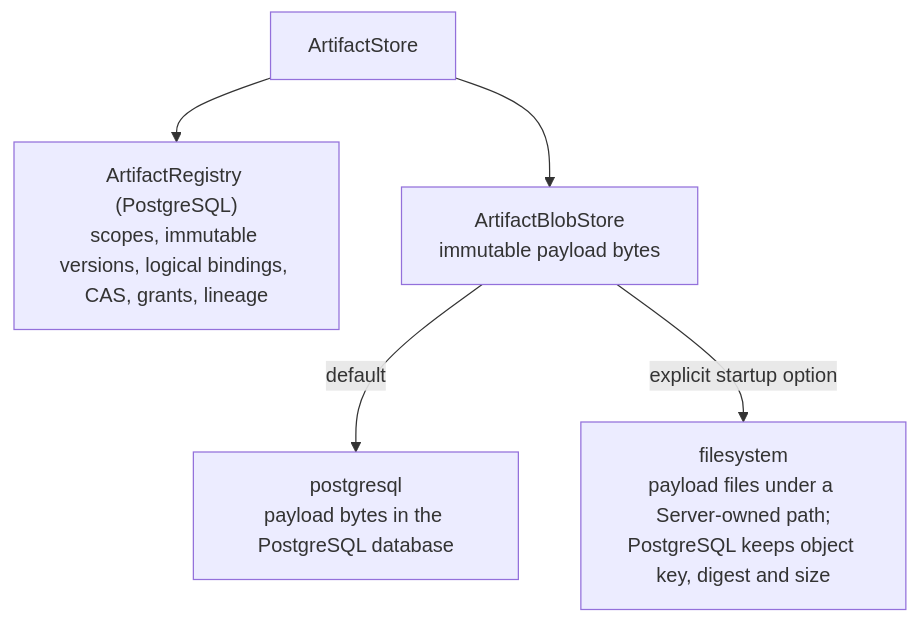
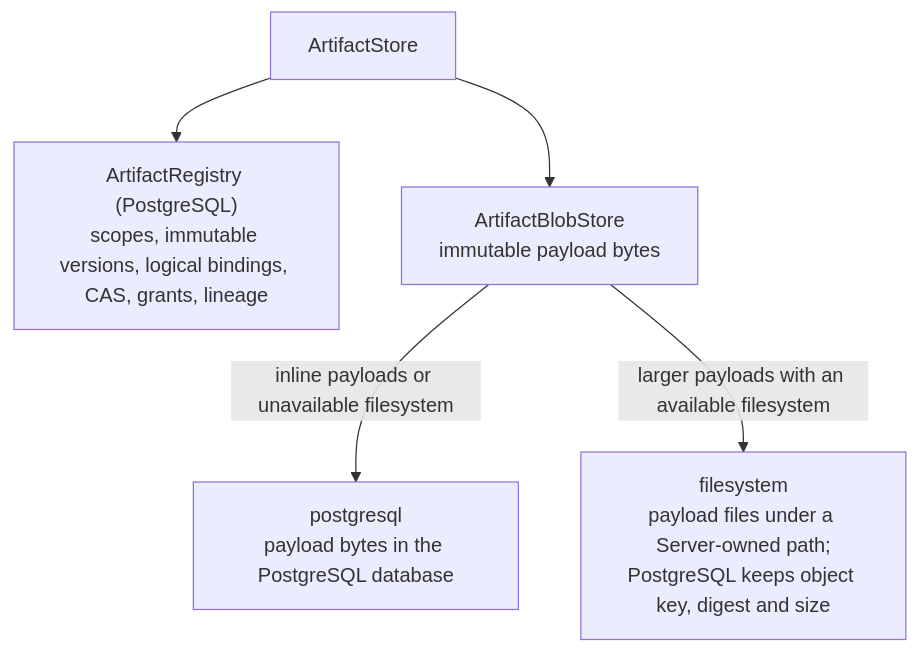
Before and after one commit to grauwolf32/contractor: the first of 3 diagrams in docs/spec/artifacts/blob-storage.md, drawn with Mermaid. The commit also changed other lines of this file and 50 other files, not shown here.

First line of the commit message:
feat(artifacts): route payloads by size and recorded storage

````diff
--- a/docs/spec/artifacts/blob-storage.md
+++ b/docs/spec/artifacts/blob-storage.md
@@ -65,7 +67,7 @@
 ```mermaid
 flowchart TD
     Store[ArtifactStore] --> Registry["ArtifactRegistry (PostgreSQL)<br/>scopes, immutable versions, logical bindings, CAS, grants, lineage"]
     Store --> Blob["ArtifactBlobStore<br/>immutable payload bytes"]
-    Blob -->|"default"| PG["postgresql<br/>payload bytes in the PostgreSQL database"]
-    Blob -->|"explicit startup option"| FS["filesystem<br/>payload files under a Server-owned path;<br/>PostgreSQL keeps object key, digest and size"]
+    Blob -->|"inline payloads or unavailable filesystem"| PG["postgresql<br/>payload bytes in the PostgreSQL database"]
+    Blob -->|"larger payloads with an available filesystem"| FS["filesystem<br/>payload files under a Server-owned path;<br/>PostgreSQL keeps object key, digest and size"]
 ```
````
